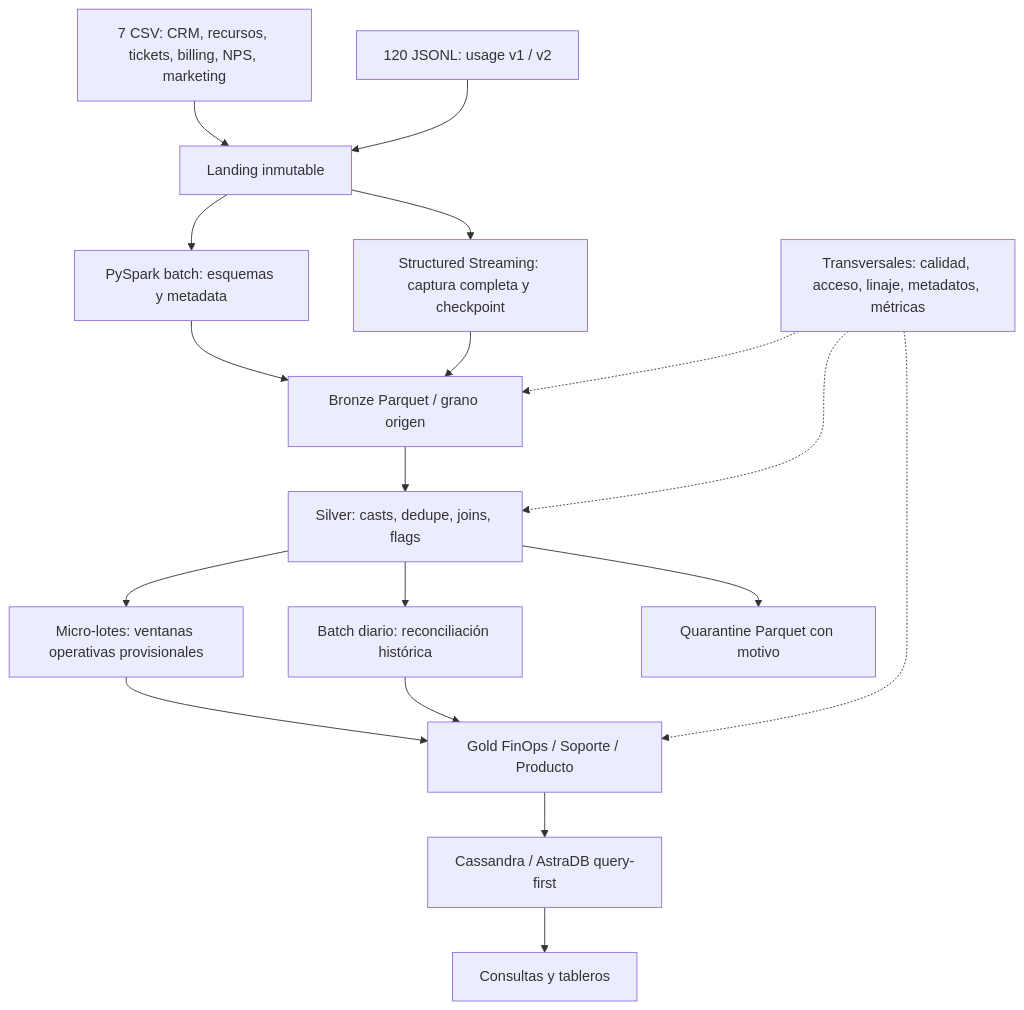
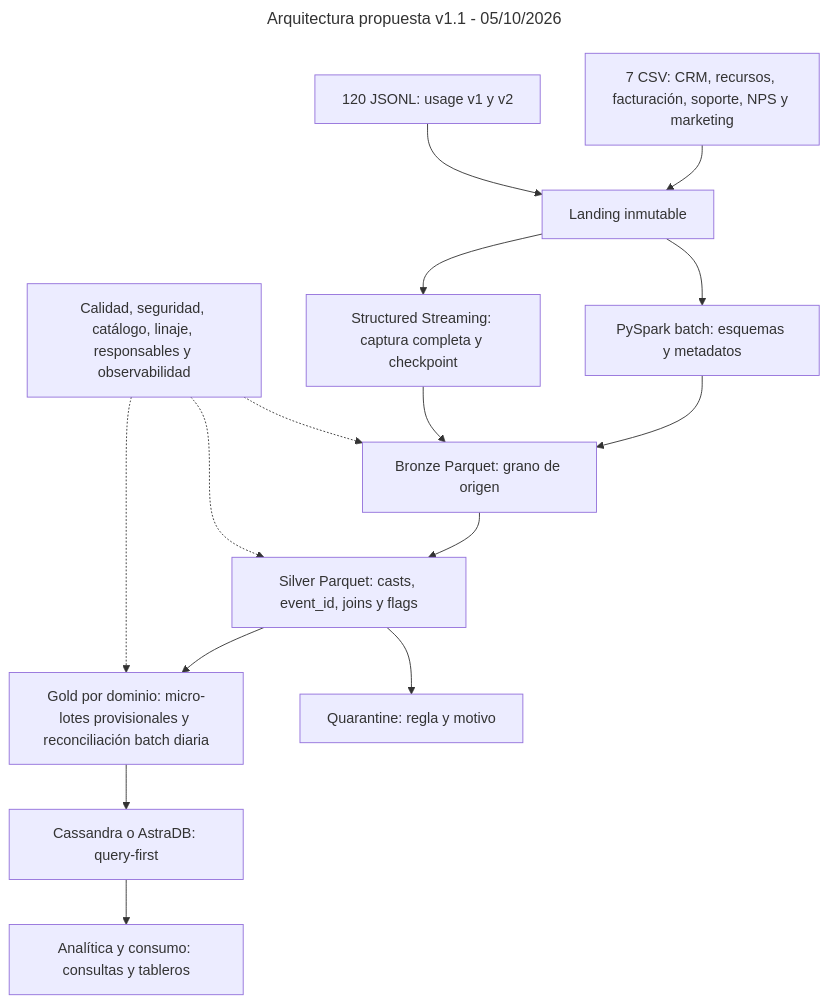
Before and after one commit to Sstark0/TP-BigData-CloudProviderAnalytics: the diagram in docs/entrega1/arquitectura.mmd, drawn with Mermaid. The commit also changed 22 other files, not shown here.

```diff
--- a/docs/entrega1/arquitectura.mmd
+++ b/docs/entrega1/arquitectura.mmd
@@ -1,18 +1,18 @@
+---
+title: Arquitectura propuesta v1.1 - 05/10/2026
+---
 flowchart TB
-  CSV[7 CSV: CRM, recursos, tickets, billing, NPS, marketing] --> L[Landing inmutable]
-  JSON[120 JSONL: usage v1 / v2] --> L
-  L --> B[PySpark batch: esquemas y metadata]
-  L --> S[Structured Streaming: captura completa y checkpoint]
-  B --> BR[Bronze Parquet / grano origen]
-  S --> BR
-  BR --> SI[Silver: casts, dedupe, joins, flags]
-  SI --> OP[Micro-lotes: ventanas operativas provisionales]
-  SI --> BA[Batch diario: reconciliación histórica]
-  OP --> G[Gold FinOps / Soporte / Producto]
-  BA --> G
-  G --> C[Cassandra / AstraDB query-first]
-  C --> Q[Consultas y tableros]
-  SI --> R[Quarantine Parquet con motivo]
-  GOV[Transversales: calidad, acceso, linaje, metadatos, métricas] -.-> BR
-  GOV -.-> SI
-  GOV -.-> G
+ CSV[7 CSV: CRM, recursos, facturación, soporte, NPS y marketing] --> L[Landing inmutable]
+ JSON[120 JSONL: usage v1 y v2] --> L
+ L --> B[PySpark batch: esquemas y metadatos]
+ L --> S[Structured Streaming: captura completa y checkpoint]
+ B --> BR[Bronze Parquet: grano de origen]
+ S --> BR
+ BR --> SI[Silver Parquet: casts, event_id, joins y flags]
+ SI --> G[Gold por dominio: micro-lotes provisionales y reconciliación batch diaria]
+ SI --> Q[Quarantine: regla y motivo]
+ G --> C[Cassandra o AstraDB: query-first]
+ C --> A[Analítica y consumo: consultas y tableros]
+ GOV[Calidad, seguridad, catálogo, linaje, responsables y observabilidad] -.-> BR
+ GOV -.-> SI
+ GOV -.-> G
```
